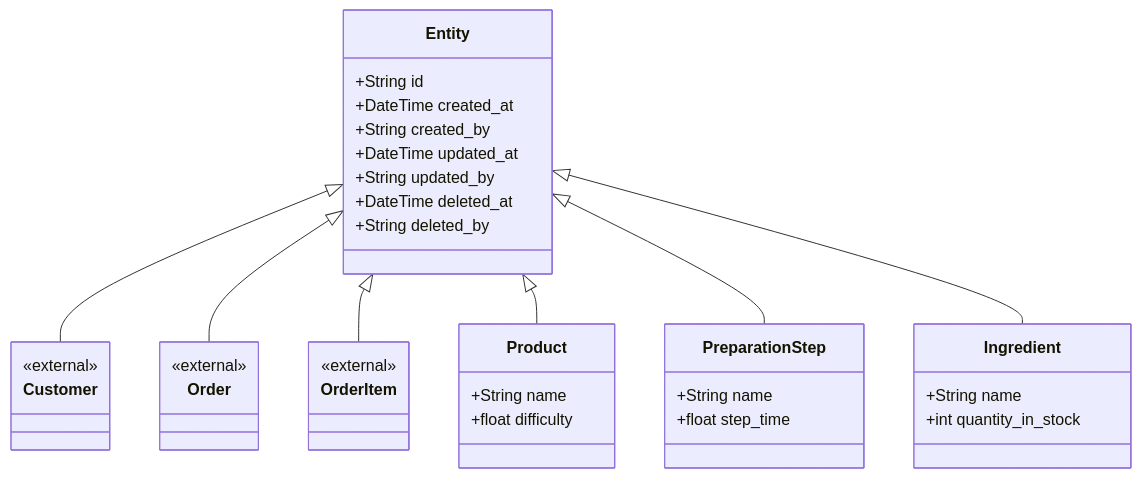
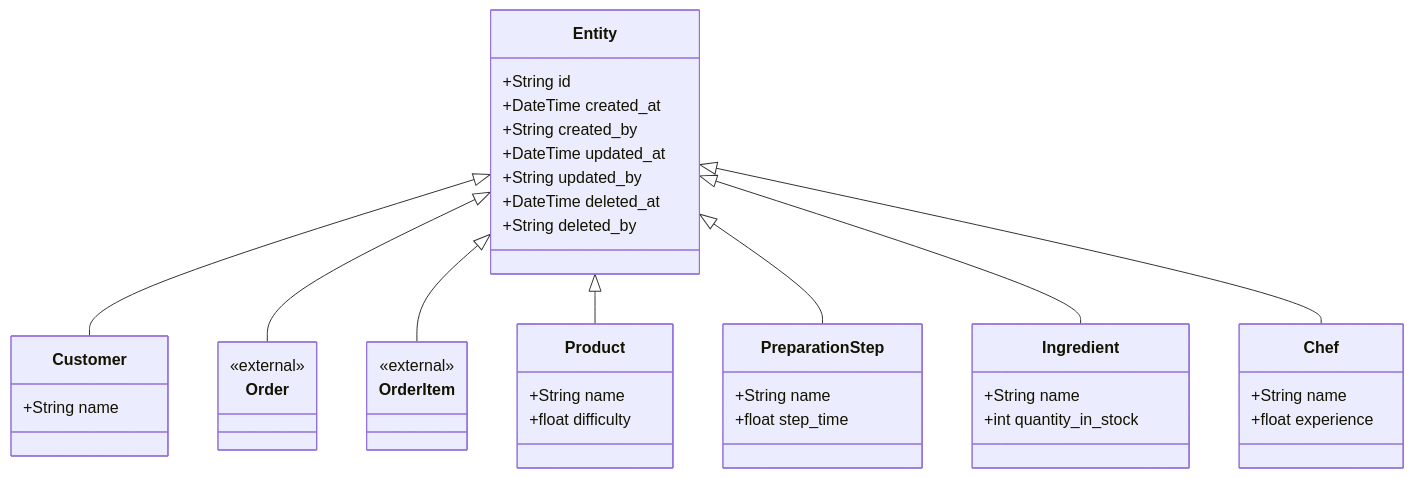
The diagram in doc/entities.md (alexander9306/Kitchen-Simulator), drawn with Mermaid before and after one commit. The commit also changed other lines of this file and 2 other files, not shown here.

Commit message:
Move Chef/Customer docs into doc/entities.md

````diff
--- a/doc/entities.md
+++ b/doc/entities.md
@@ -3,43 +3,50 @@
 ```mermaid
 classDiagram
     class Entity {
         +String id
         +DateTime created_at
         +String created_by
         +DateTime updated_at
         +String updated_by
         +DateTime deleted_at
         +String deleted_by
     }
 
-    class Customer {
-        <<external>>
-    }
     class Order {
         <<external>>
     }
     class OrderItem {
         <<external>>
     }
     class Ingredient {
         +String name
         +int quantity_in_stock
     }
 
     class Product {
         +String name
         +float difficulty
     }
 
     class PreparationStep {
         +String name
         +float step_time
     }
 
+    class Chef {
+        +String name
+        +float experience
+    }
+
+    class Customer {
+        +String name
+    }
+
     Entity <|-- Customer
     Entity <|-- Order
     Entity <|-- OrderItem
     Entity <|-- Product
     Entity <|-- PreparationStep
     Entity <|-- Ingredient
+    Entity <|-- Chef
 ```
````
